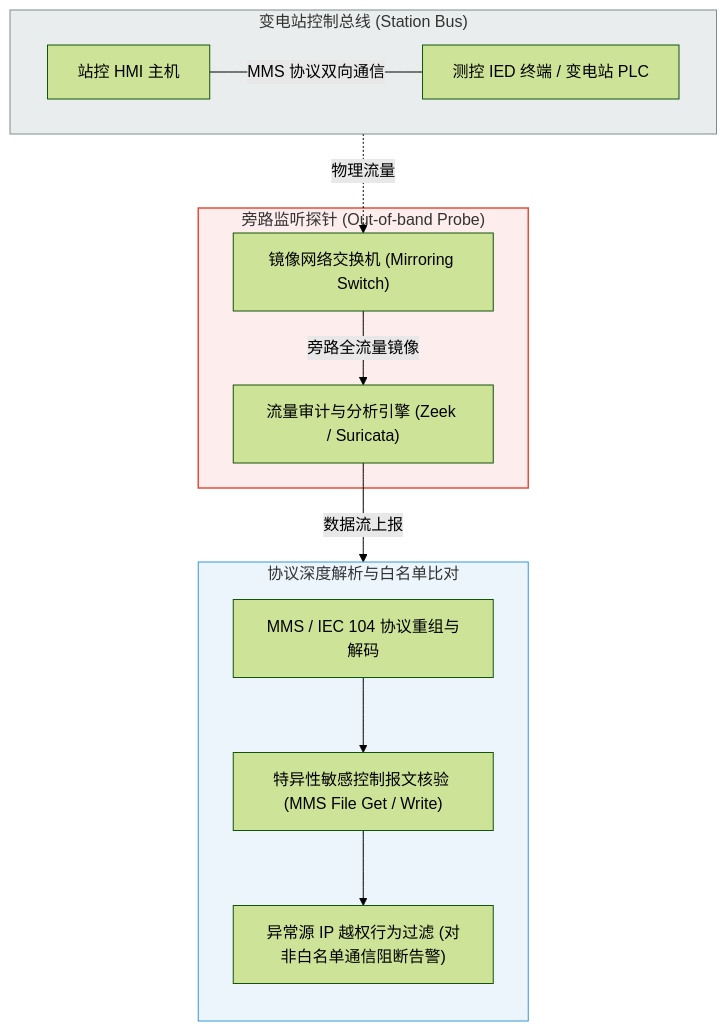
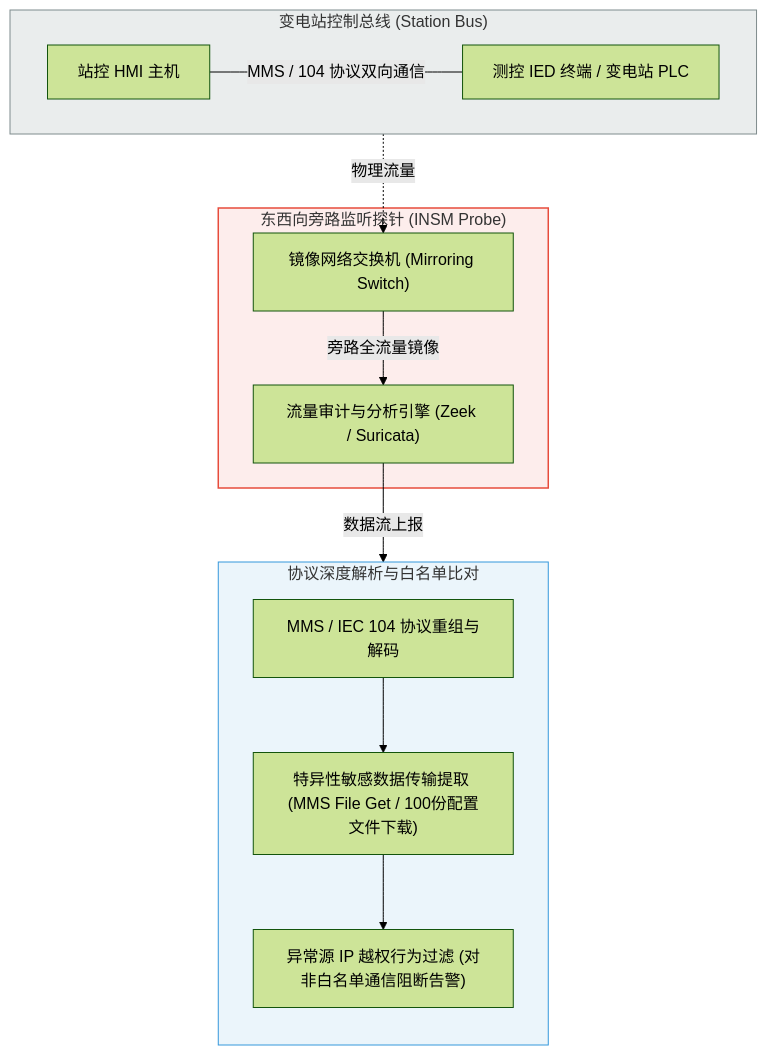
The first of 3 diagrams in 02_交付成果/01_敏感数据泄露风险自动化响应技术有效性实施方案资料集.md (Bo331/power-data-breach-literature), drawn with Mermaid (forest theme) before and after one commit. The commit also changed other lines of this file, not shown here.

````diff
--- a/02_交付成果/01_敏感数据泄露风险自动化响应技术有效性实施方案资料集.md
+++ b/02_交付成果/01_敏感数据泄露风险自动化响应技术有效性实施方案资料集.md
@@ -49,29 +60,29 @@
 ```mermaid
 flowchart TD
     subgraph Station_Bus [" 变电站控制总线 (Station Bus) "]
         direction LR
-        S1[" 站控 HMI 主机 "] ---| MMS 协议双向通信 | S2[" 测控 IED 终端 / 变电站 PLC "]
+        S1[" 站控 HMI 主机 "] ---| MMS / 104 协议双向通信 | S2[" 测控 IED 终端 / 变电站 PLC "]
     end
 
-    subgraph Monitoring_Device [" 旁路监听探针 (Out-of-band Probe) "]
+    subgraph Monitoring_Device [" 东西向旁路监听探针 (INSM Probe) "]
         P1[" 镜像网络交换机 (Mirroring Switch) "] -->| 旁路全流量镜像 | P2[" 流量审计与分析引擎 (Zeek / Suricata) "]
     end
 
     %% 控制流
     S1 -.->| 物理流量 | P1
     
     subgraph Deep_Analysis [" 协议深度解析与白名单比对 "]
         direction TB
         A1[" MMS / IEC 104 协议重组与解码 "]
-        A2[" 特异性敏感控制报文核验 (MMS File Get / Write) "]
+        A2[" 特异性敏感数据传输提取 (MMS File Get / 100份配置文件下载) "]
         A3[" 异常源 IP 越权行为过滤 (对非白名单通信阻断告警) "]
         
         A1 --> A2 --> A3
     end
 
     P2 -->| 数据流上报 | A1
 
     style Station_Bus fill:#eaeded,stroke:#7f8c8d,stroke-width:1px
     style Monitoring_Device fill:#fdedec,stroke:#e74c3c,stroke-width:1.5px
     style Deep_Analysis fill:#ebf5fb,stroke:#3498db,stroke-width:1px
 ```
````
